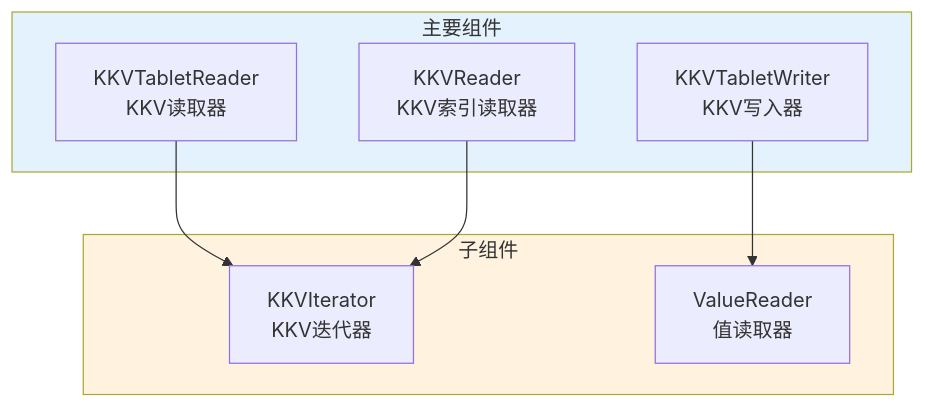
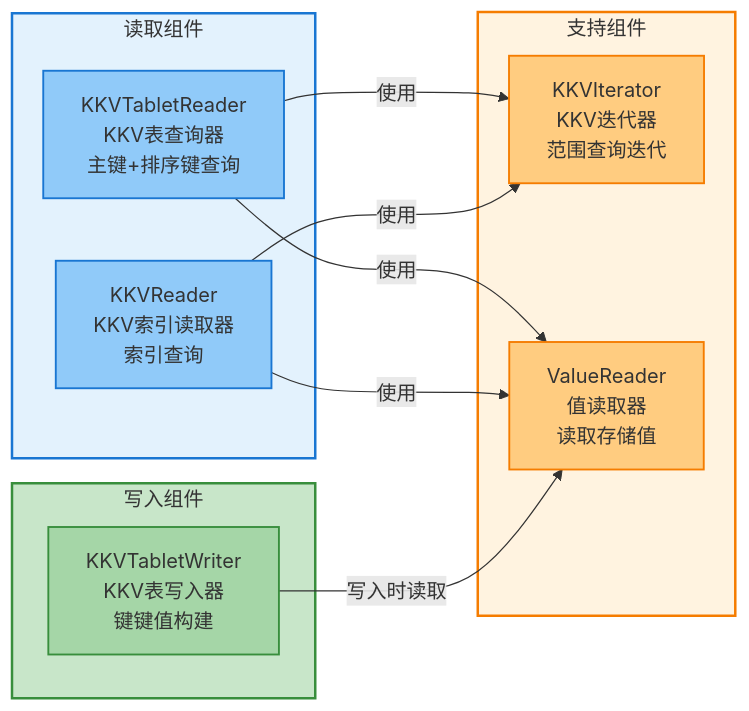
Before and after one commit to zhouzhilong-commits/zhouzhilong-commits.github.io: diagram 13 of 28 in _posts/2025-07-14-indexlib-8-index-types.md, drawn with Mermaid. The commit also changed other lines of this file and 6 other files, not shown here.

````diff
--- a/_posts/2025-07-14-indexlib-8-index-types.md
+++ b/_posts/2025-07-14-indexlib-8-index-types.md
@@ -605,20 +707,31 @@
 ```mermaid
-flowchart TD
-    subgraph Main["主要组件"]
-        A["KKVTabletReader<br/>KKV读取器"]
-        B["KKVTabletWriter<br/>KKV写入器"]
-        C["KKVReader<br/>KKV索引读取器"]
+flowchart LR
+    subgraph Read["读取组件"]
+        A["KKVTabletReader<br/>KKV表查询器<br/>主键+排序键查询"]
+        C["KKVReader<br/>KKV索引读取器<br/>索引查询"]
     end
     
-    subgraph Sub["子组件"]
-        D["KKVIterator<br/>KKV迭代器"]
-        E["ValueReader<br/>值读取器"]
+    subgraph Write["写入组件"]
+        B["KKVTabletWriter<br/>KKV表写入器<br/>键键值构建"]
     end
     
-    A --> D
-    B --> E
-    C --> D
+    subgraph Support["支持组件"]
+        D["KKVIterator<br/>KKV迭代器<br/>范围查询迭代"]
+        E["ValueReader<br/>值读取器<br/>读取存储值"]
+    end
     
-    style Main fill:#e3f2fd
-    style Sub fill:#fff3e0
+    A -->|使用| D
+    A -->|使用| E
+    C -->|使用| D
+    C -->|使用| E
+    B -->|写入时读取| E
+    
+    style Read fill:#e3f2fd,stroke:#1976d2,stroke-width:2px
+    style Write fill:#c8e6c9,stroke:#388e3c,stroke-width:2px
+    style Support fill:#fff3e0,stroke:#f57c00,stroke-width:2px
+    style A fill:#90caf9,stroke:#1976d2,stroke-width:1.5px
+    style C fill:#90caf9,stroke:#1976d2,stroke-width:1.5px
+    style B fill:#a5d6a7,stroke:#388e3c,stroke-width:1.5px
+    style D fill:#ffcc80,stroke:#f57c00,stroke-width:1.5px
+    style E fill:#ffcc80,stroke:#f57c00,stroke-width:1.5px
 ```
````
